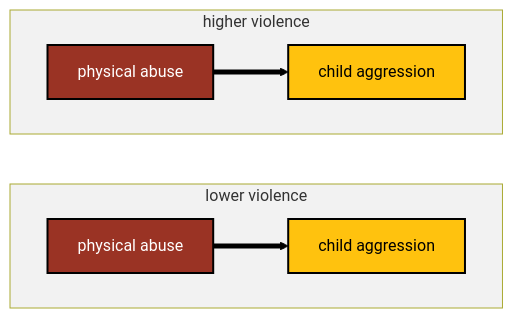
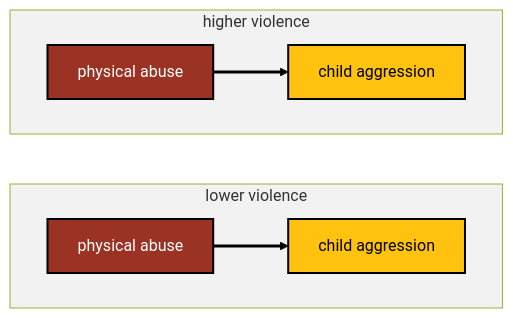
One commit to agrogan1/closeread changed the fourth of 4 diagrams in normativeness-of-violence/normativeness-of-violence.qmd. Above: the diagram before and after it, drawn with Mermaid. The commit also changed other lines of this file and 18 other files, not shown here.

````diff
--- a/normativeness-of-violence/normativeness-of-violence.qmd
+++ b/normativeness-of-violence/normativeness-of-violence.qmd
@@ -90,38 +187,38 @@
 ```{mermaid}
 %%| label: fig-result-2
 
 flowchart LR
 
   classDef yellow fill:#FFC20E,stroke:#000000,stroke-width:2px,color:#000000;
   
   classDef blue fill:#374EA2,stroke:#000000,stroke-width:2px,color:#FFFFFF;
   
   classDef green fill:#00833D,stroke:#000000,stroke-width:2px,color:#FFFFFF;
   
   classDef orange fill:#D86018,stroke:#000000,stroke-width:2px,color:#FFFFFF;
   
   classDef red fill:#9A3324,stroke:#000000,stroke-width:2px,color:#FFFFFF;
   
   subgraph lowerviolence [lower violence]
   
   direction LR
 
   abuse0[physical abuse]:::red --> aggression0[child aggression]:::yellow
   
   end
   
   subgraph higherviolence [higher violence]
   
   direction LR
 
   abuse1[physical abuse]:::red --> aggression1[child aggression]:::yellow
   
   end
 
-  linkStyle 0,1 stroke:#000000,stroke-width:5px,font-size:36px,color:black;
+  linkStyle 0,1 stroke:#000000,stroke-width:3px,font-size:36px,color:black;
 
   style lowerviolence fill: #F2F2F2
 
   style higherviolence fill: #F2F2F2
 
 ```
````
